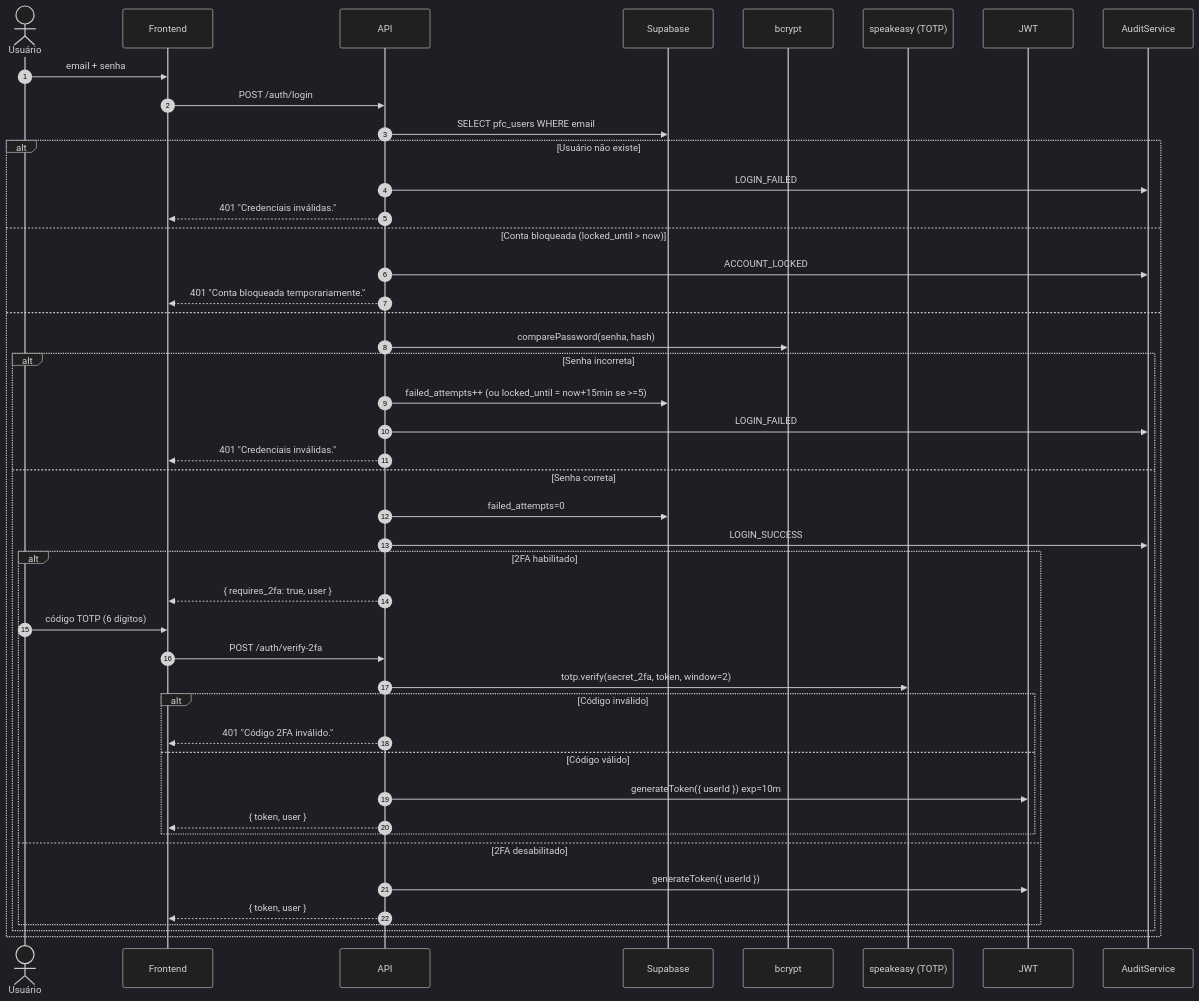
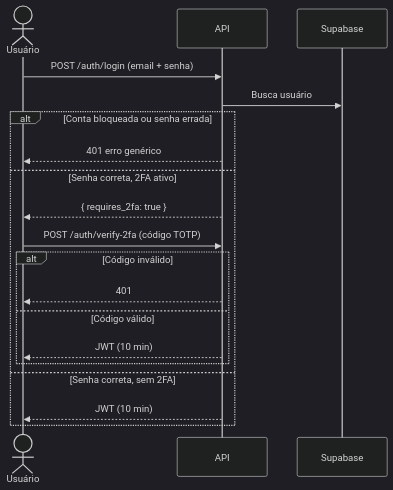
The second of 2 diagrams in Docs/Diagramas/01-Fluxo-de-Autenticacao.md (gabriel-vcordeiro/PFC), drawn with Mermaid (dark theme) before and after one commit. The commit also changed other lines of this file, not shown here.

````diff
--- a/Docs/Diagramas/01-Fluxo-de-Autenticacao.md
+++ b/Docs/Diagramas/01-Fluxo-de-Autenticacao.md
@@ -58,48 +48,22 @@
 ```mermaid
 sequenceDiagram
-    autonumber
     actor U as Usuário
-    participant F as Frontend
     participant API as API
     participant DB as Supabase
-    participant BC as bcrypt
-    participant SP as speakeasy (TOTP)
-    participant JWT as JWT
-    participant AUD as AuditService
 
-    U->>F: email + senha
-    F->>API: POST /auth/login
-    API->>DB: SELECT pfc_users WHERE email
-    alt Usuário não existe
-        API->>AUD: LOGIN_FAILED
-        API-->>F: 401 "Credenciais inválidas."
-    else Conta bloqueada (locked_until > now)
-        API->>AUD: ACCOUNT_LOCKED
-        API-->>F: 401 "Conta bloqueada temporariamente."
-    else
-        API->>BC: comparePassword(senha, hash)
-        alt Senha incorreta
-            API->>DB: failed_attempts++ (ou locked_until = now+15min se >=5)
-            API->>AUD: LOGIN_FAILED
-            API-->>F: 401 "Credenciais inválidas."
-        else Senha correta
-            API->>DB: failed_attempts=0
-            API->>AUD: LOGIN_SUCCESS
-            alt 2FA habilitado
-                API-->>F: { requires_2fa: true, user }
-                U->>F: código TOTP (6 dígitos)
-                F->>API: POST /auth/verify-2fa
-                API->>SP: totp.verify(secret_2fa, token, window=2)
-                alt Código inválido
-                    API-->>F: 401 "Código 2FA inválido."
-                else Código válido
-                    API->>JWT: generateToken({ userId }) exp=10m
-                    API-->>F: { token, user }
-                end
-            else 2FA desabilitado
-                API->>JWT: generateToken({ userId })
-                API-->>F: { token, user }
-            end
+    U->>API: POST /auth/login (email + senha)
+    API->>DB: Busca usuário
+    alt Conta bloqueada ou senha errada
+        API-->>U: 401 erro genérico
+    else Senha correta, 2FA ativo
+        API-->>U: { requires_2fa: true }
+        U->>API: POST /auth/verify-2fa (código TOTP)
+        alt Código inválido
+            API-->>U: 401
+        else Código válido
+            API-->>U: JWT (10 min)
         end
+    else Senha correta, sem 2FA
+        API-->>U: JWT (10 min)
     end
 ```
````
